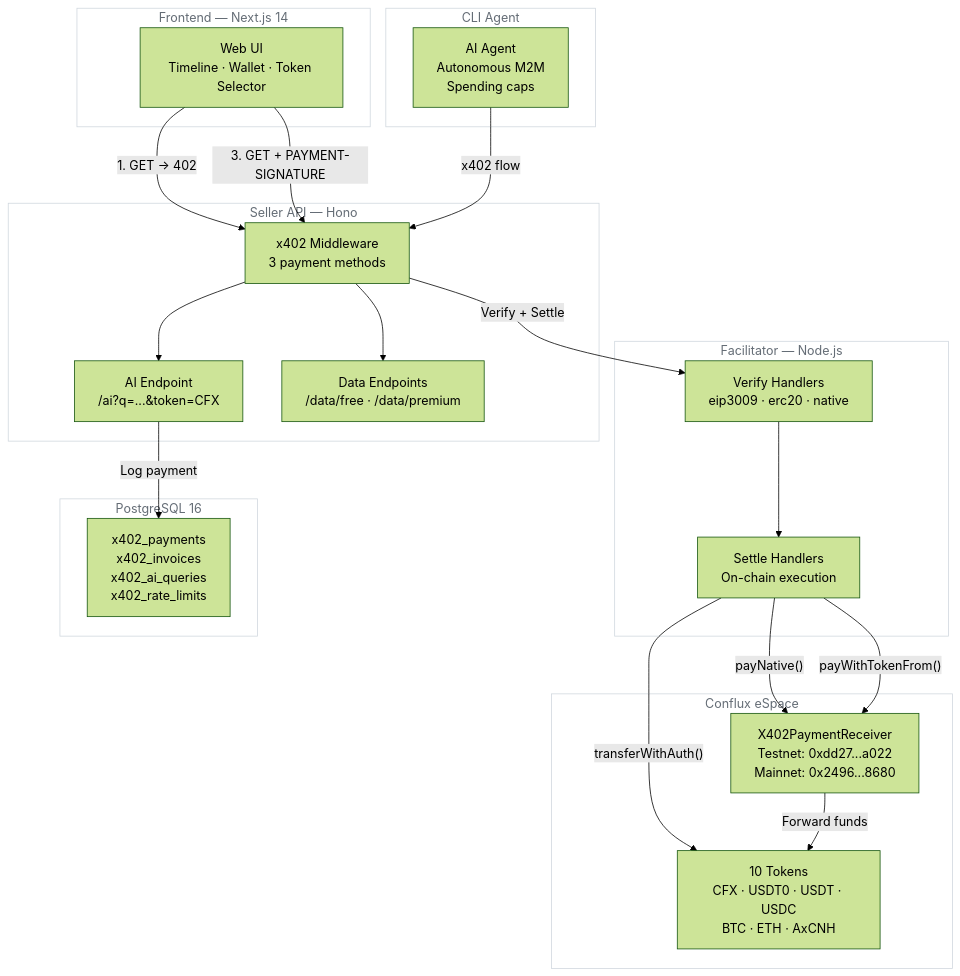
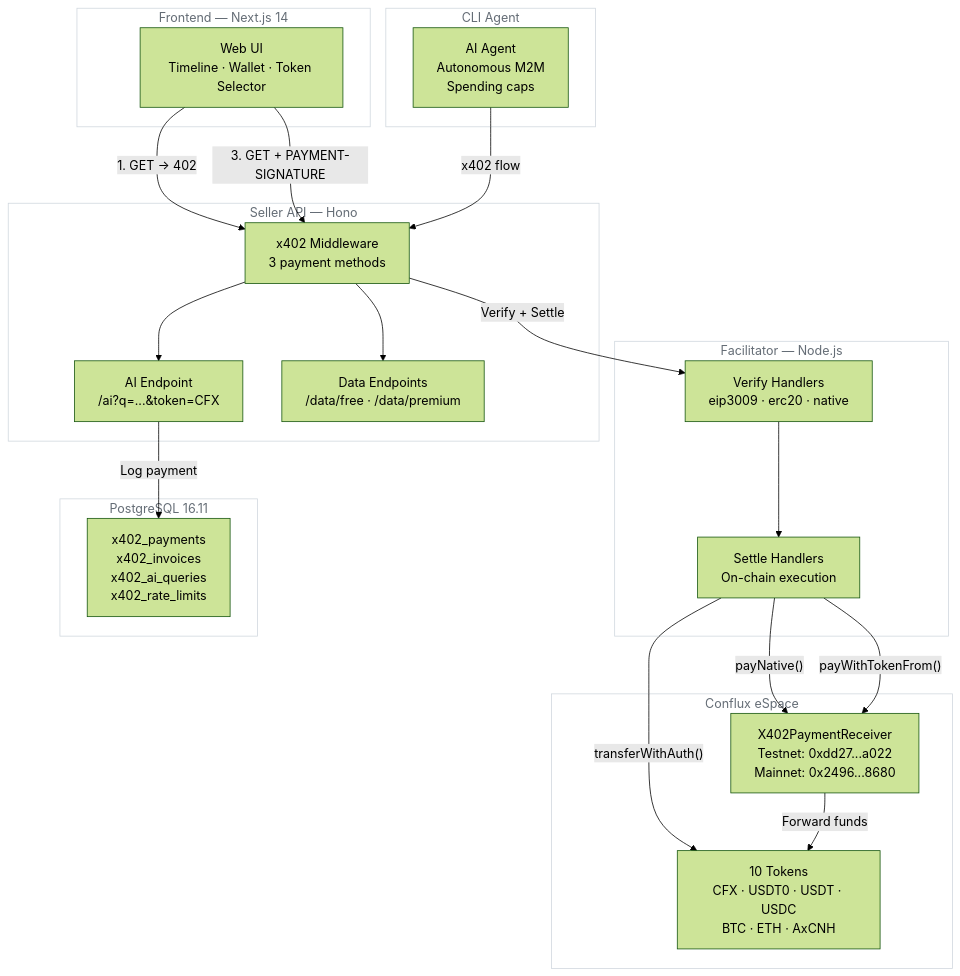
Before and after one commit to confluxarena/x402-fullstack: the first of 5 diagrams in README.md, drawn with Mermaid (forest theme). The commit also changed other lines of this file and 5 other files, not shown here.

````diff
--- a/README.md
+++ b/README.md
@@ -51,53 +51,53 @@
 ```mermaid
 graph TD
     subgraph Frontend["Frontend — Next.js 14"]
         UI["Web UI<br/>Timeline · Wallet · Token Selector"]
     end
 
     subgraph Seller["Seller API — Hono"]
         MW["x402 Middleware<br/>3 payment methods"]
         AI["AI Endpoint<br/>/ai?q=...&token=CFX"]
         DATA["Data Endpoints<br/>/data/free · /data/premium"]
     end
 
     subgraph Facilitator["Facilitator — Node.js"]
         VER["Verify Handlers<br/>eip3009 · erc20 · native"]
         SET["Settle Handlers<br/>On-chain execution"]
     end
 
     subgraph Blockchain["Conflux eSpace"]
         CONTRACT["X402PaymentReceiver<br/>Testnet: 0xdd27...a022<br/>Mainnet: 0x2496...8680"]
         TOKENS["10 Tokens<br/>CFX · USDT0 · USDT · USDC<br/>BTC · ETH · AxCNH"]
     end
 
-    subgraph DB["PostgreSQL 16"]
+    subgraph DB["PostgreSQL 16.11"]
         TABLES["x402_payments<br/>x402_invoices<br/>x402_ai_queries<br/>x402_rate_limits"]
     end
 
     subgraph Agent["CLI Agent"]
         CLI["AI Agent<br/>Autonomous M2M<br/>Spending caps"]
     end
 
     UI -->|"1. GET → 402"| MW
     UI -->|"3. GET + PAYMENT-SIGNATURE"| MW
     CLI -->|"x402 flow"| MW
 
     MW --> AI
     MW --> DATA
     MW -->|"Verify + Settle"| VER
 
     VER --> SET
     SET -->|"payNative()"| CONTRACT
     SET -->|"payWithTokenFrom()"| CONTRACT
     SET -->|"transferWithAuth()"| TOKENS
 
     AI -->|"Log payment"| TABLES
     CONTRACT -->|"Forward funds"| TOKENS
 
     style Frontend fill:none,stroke:#d0d7de,stroke-width:1px,color:#656d76
     style Seller fill:none,stroke:#d0d7de,stroke-width:1px,color:#656d76
     style Facilitator fill:none,stroke:#d0d7de,stroke-width:1px,color:#656d76
     style Blockchain fill:none,stroke:#d0d7de,stroke-width:1px,color:#656d76
     style DB fill:none,stroke:#d0d7de,stroke-width:1px,color:#656d76
     style Agent fill:none,stroke:#d0d7de,stroke-width:1px,color:#656d76
 ```
````
